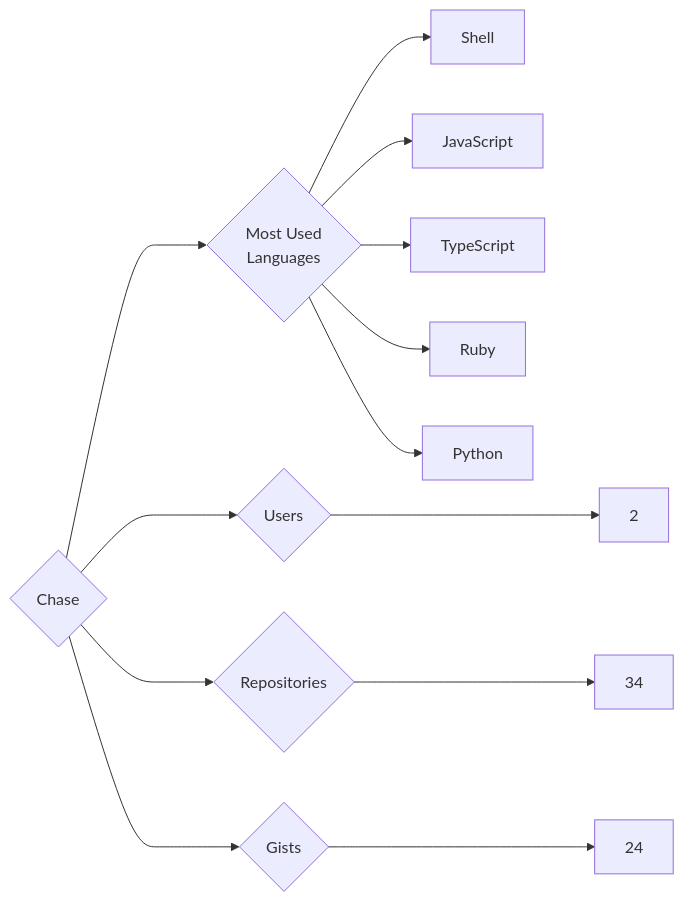
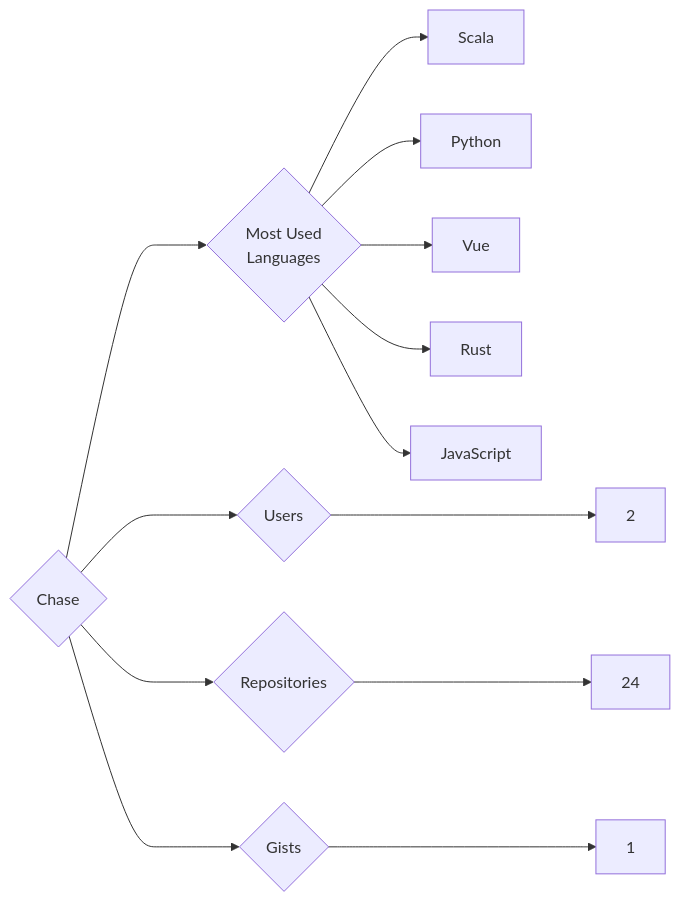
One commit to trickest/insiders changed the diagram in targets/Chase/README.md. Above: the diagram before and after it, drawn with Mermaid. The commit also changed 736 other files, not shown here.

````diff
--- a/targets/Chase/README.md
+++ b/targets/Chase/README.md
@@ -3,13 +3,13 @@
 ```mermaid
 graph LR
 COMPANY_NAME{Chase}
 COMPANY_NAME ---> U{Users} ---> UN[2]
-COMPANY_NAME ---> R{Repositories} ---> RN[34]
-COMPANY_NAME ---> G{Gists} ---> GN[24]
+COMPANY_NAME ---> R{Repositories} ---> RN[24]
+COMPANY_NAME ---> G{Gists} ---> GN[1]
 COMPANY_NAME ---> ML{Most Used<br>Languages}
-ML --> Shell[Shell]
+ML --> Scala[Scala]
+ML --> Python[Python]
+ML --> Vue[Vue]
+ML --> Rust[Rust]
 ML --> JavaScript[JavaScript]
-ML --> TypeScript[TypeScript]
-ML --> Ruby[Ruby]
-ML --> Python[Python]
 ```
````
